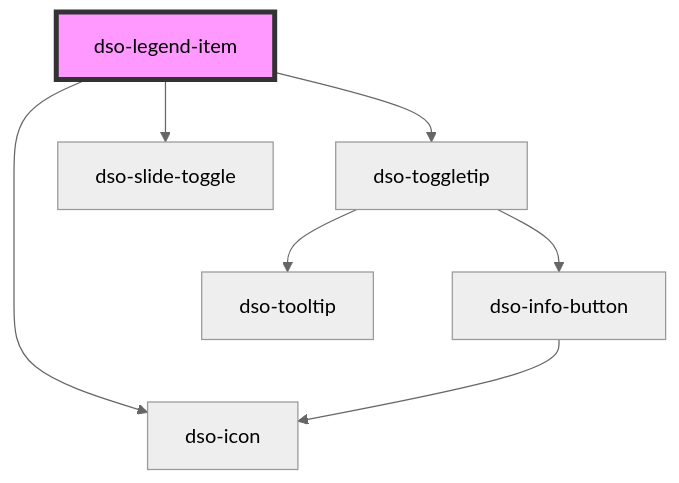
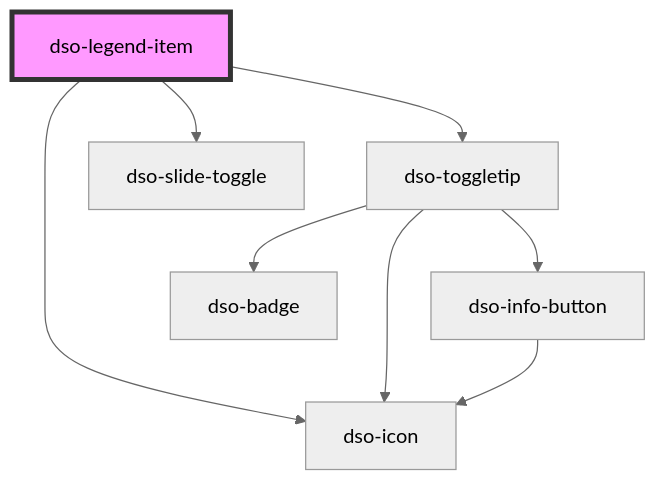
One commit to dso-toolkit/dso-toolkit changed the diagram in packages/core/src/components/legend-item/readme.md. Above: the diagram before and after it, drawn with Mermaid (neutral theme). The commit also changed 23 other files, not shown here.

````diff
--- a/packages/core/src/components/legend-item/readme.md
+++ b/packages/core/src/components/legend-item/readme.md
@@ -43,10 +43,11 @@
 ```mermaid
 graph TD;
   dso-legend-item --> dso-toggletip
   dso-legend-item --> dso-icon
   dso-legend-item --> dso-slide-toggle
   dso-toggletip --> dso-info-button
-  dso-toggletip --> dso-tooltip
+  dso-toggletip --> dso-badge
+  dso-toggletip --> dso-icon
   dso-info-button --> dso-icon
   style dso-legend-item fill:#f9f,stroke:#333,stroke-width:4px
 ```
````
